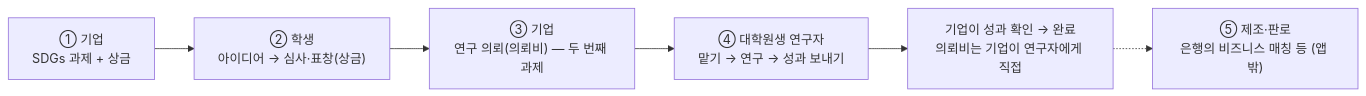
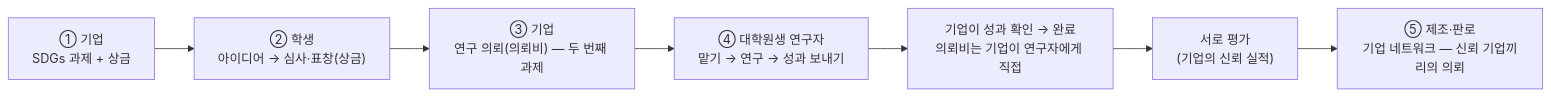
One commit to atome9797/sdgs-compass changed the diagram in docs/research.md. Above: the diagram before and after it, drawn with Mermaid. The commit also changed other lines of this file and 38 other files, not shown here.

First line of the commit message:
feat: 기업 네트워크 — 신뢰 기업끼리의 업무 의뢰(지명 · 공개 모집, 수수료 없음) · 상호 평가

````diff
--- a/docs/research.md
+++ b/docs/research.md
@@ -24,8 +24,9 @@
 ```mermaid
 flowchart LR
   C1["① 기업<br/>SDGs 과제 + 상금"] --> S["② 학생<br/>아이디어 → 심사·표창(상금)"]
   S --> C2["③ 기업<br/>연구 의뢰(의뢰비) — 두 번째 과제"]
   C2 --> R["④ 대학원생 연구자<br/>맡기 → 연구 → 성과 보내기"]
   R --> C3["기업이 성과 확인 → 완료<br/>의뢰비는 기업이 연구자에게 직접"]
-  C3 -.-> B["⑤ 제조·판로<br/>은행의 비즈니스 매칭 등 (앱 밖)"]
+  C3 --> E["서로 평가<br/>(기업의 신뢰 실적)"]
+  E --> B["⑤ 제조·판로<br/>기업 네트워크 — 신뢰 기업끼리의 의뢰"]
 ```
````
